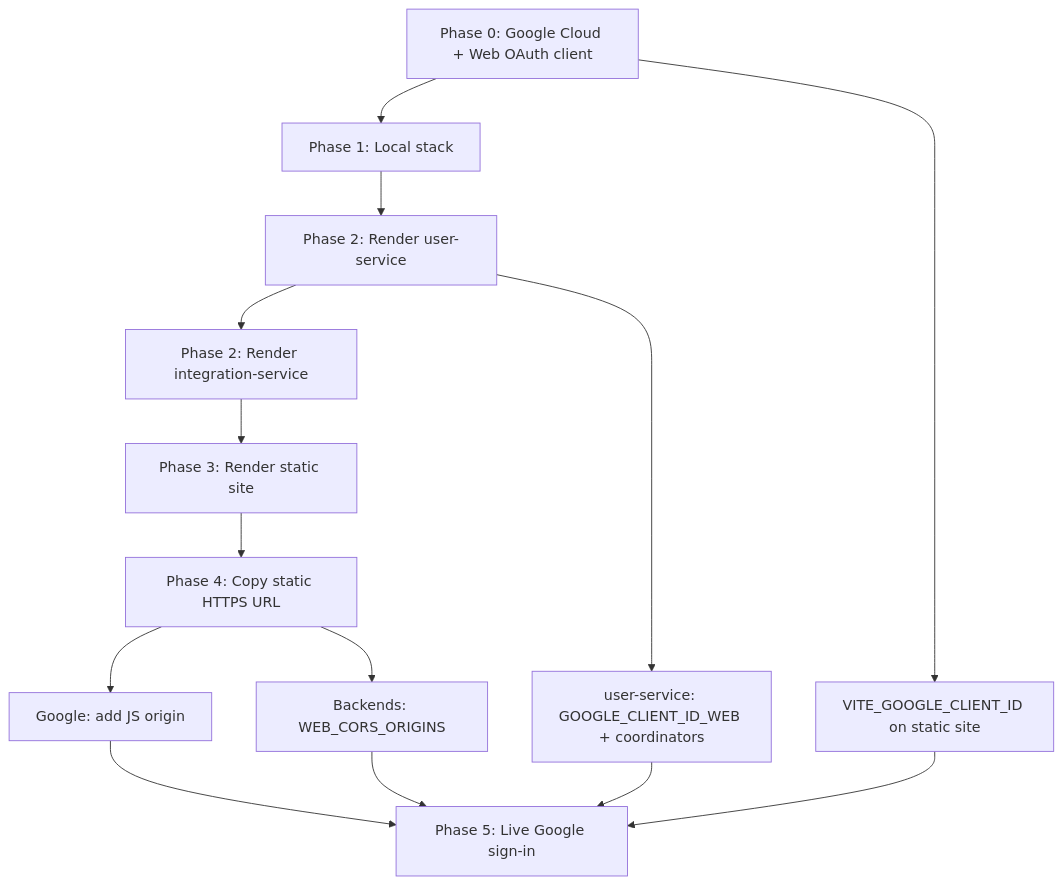
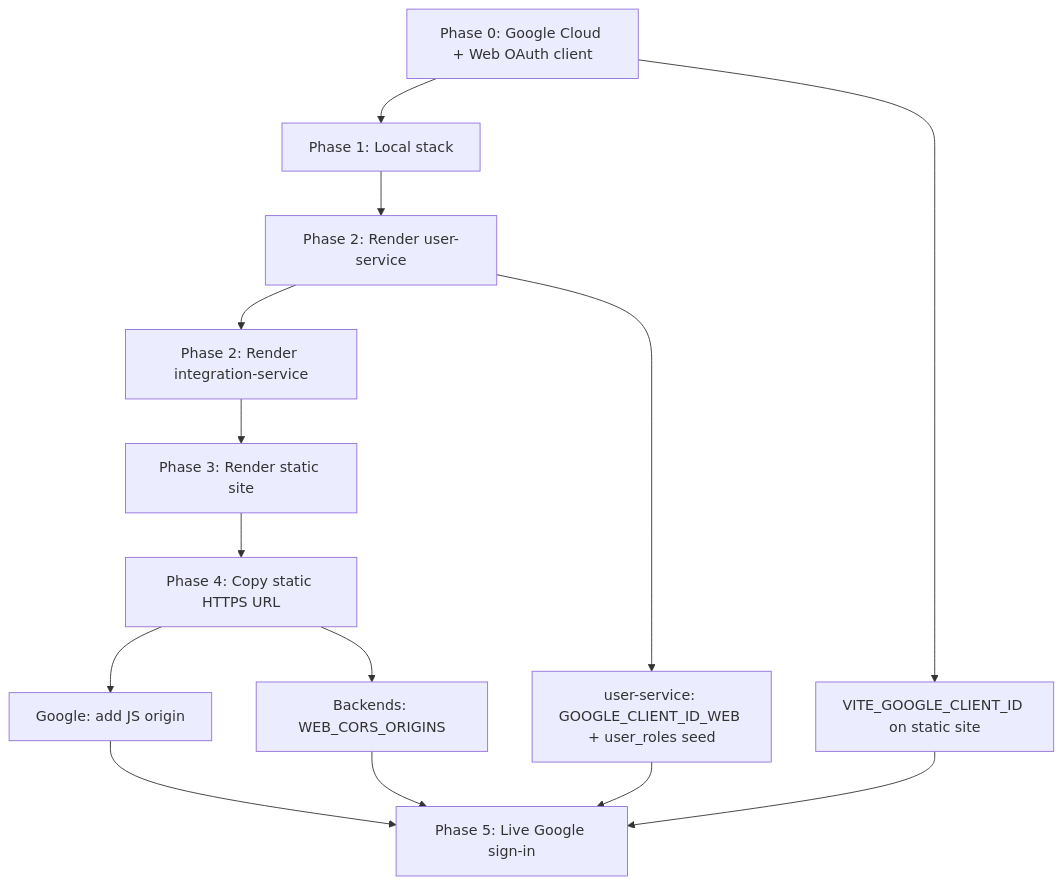
One commit to sharingbridge/sharingbridge changed the diagram in configuration/e2e-deployment-sequence.md. Above: the diagram before and after it, drawn with Mermaid. The commit also changed other lines of this file and 5 other files, not shown here.

````diff
--- a/configuration/e2e-deployment-sequence.md
+++ b/configuration/e2e-deployment-sequence.md
@@ -21,16 +21,16 @@
 ```mermaid
 flowchart TD
   A[Phase 0: Google Cloud + Web OAuth client] --> B[Phase 1: Local stack]
   B --> C[Phase 2: Render user-service]
   C --> D[Phase 2: Render integration-service]
   D --> E[Phase 3: Render static site]
   E --> F[Phase 4: Copy static HTTPS URL]
   F --> G[Google: add JS origin]
   F --> H[Backends: WEB_CORS_ORIGINS]
   A --> I[VITE_GOOGLE_CLIENT_ID on static site]
   G --> J[Phase 5: Live Google sign-in]
   H --> J
   I --> J
-  C --> K[user-service: GOOGLE_CLIENT_ID_WEB + coordinators]
+  C --> K[user-service: GOOGLE_CLIENT_ID_WEB + user_roles seed]
   K --> J
 ```
````
